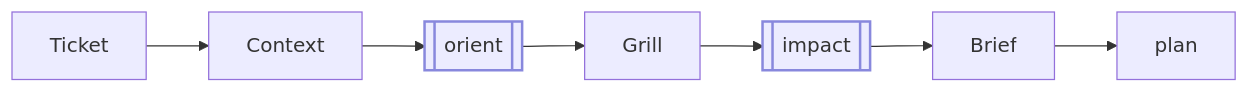
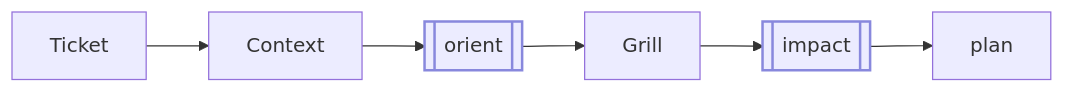
The first of 2 diagrams in README.md (chightow/canon-skills), drawn with Mermaid before and after one commit. The commit also changed other lines of this file, not shown here.

Commit message:
docs: drop Brief node and shorten Verify to clear pan controls

````diff
--- a/README.md
+++ b/README.md
@@ -74,6 +74,6 @@
 ```mermaid
 flowchart LR
-    S1[Ticket] --> S2[Context] --> S4[[orient]] --> S5[Grill] --> S6[[impact]] --> S7[Brief] --> S9[plan]
+    S1[Ticket] --> S2[Context] --> S4[[orient]] --> S5[Grill] --> S6[[impact]] --> S9[plan]
     classDef subskill stroke:#8888dd,stroke-width:2px
     class S4,S6 subskill
 ```
````
